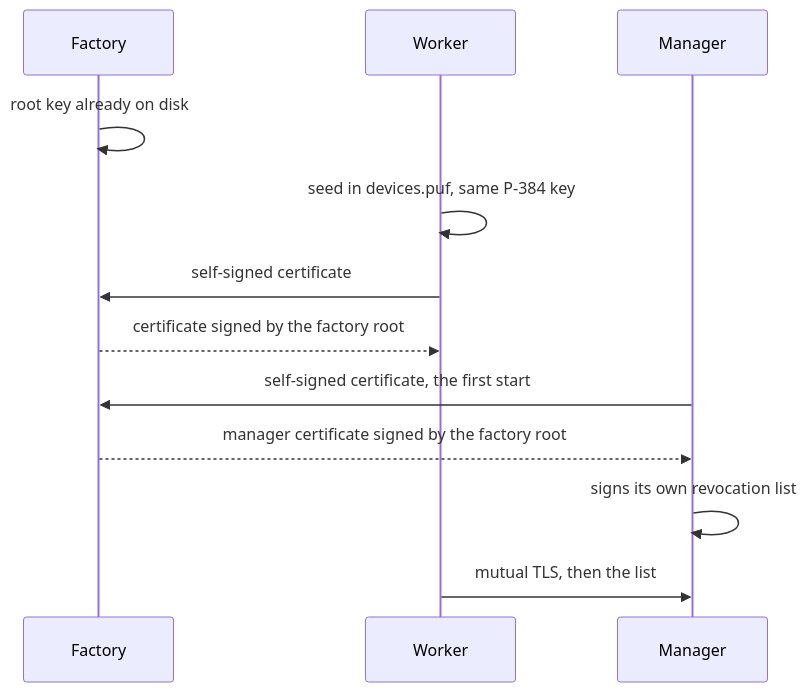
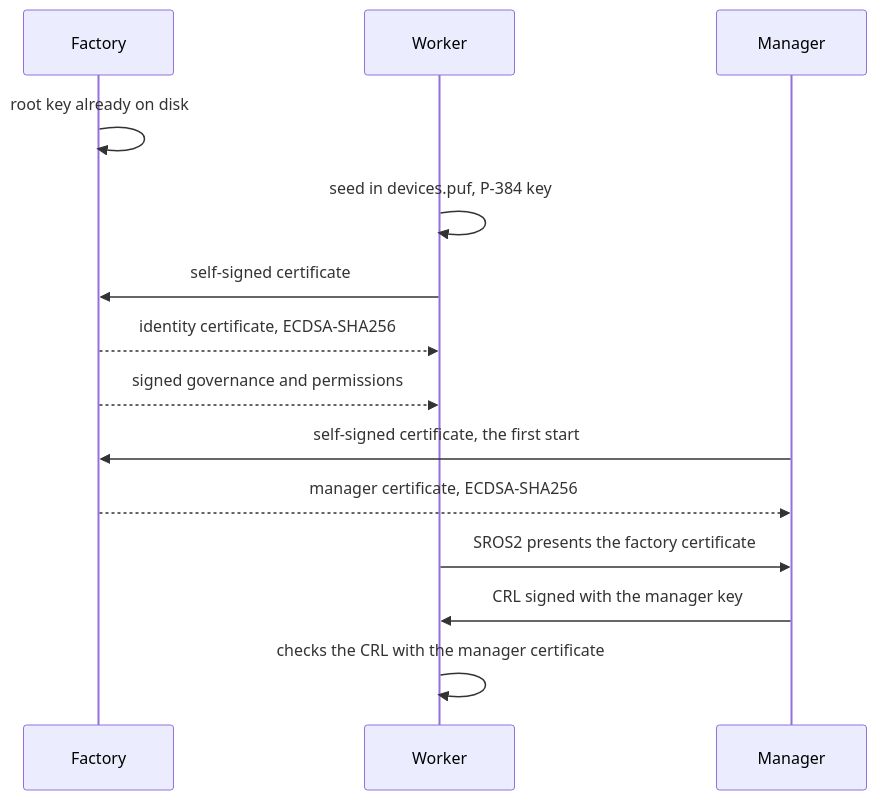
Before and after one commit to jgmatu/postgresql: the fifth of 5 diagrams in TODO.md, drawn with Mermaid. The commit also changed other lines of this file and 10 other files, not shown here.

First line of the commit message:
Describe SROS2 as the factory admission and the manager CRL as a ROS topic.

````diff
--- a/TODO.md
+++ b/TODO.md
@@ -187,15 +187,17 @@
 ```mermaid
 sequenceDiagram
     participant factory as Factory
     participant worker as Worker
     participant manager as Manager
 
     factory->>factory: root key already on disk
-    worker->>worker: seed in devices.puf, same P-384 key
+    worker->>worker: seed in devices.puf, P-384 key
     worker->>factory: self-signed certificate
-    factory-->>worker: certificate signed by the factory root
+    factory-->>worker: identity certificate, ECDSA-SHA256
+    factory-->>worker: signed governance and permissions
     manager->>factory: self-signed certificate, the first start
-    factory-->>manager: manager certificate signed by the factory root
-    manager->>manager: signs its own revocation list
-    worker->>manager: mutual TLS, then the list
+    factory-->>manager: manager certificate, ECDSA-SHA256
+    worker->>manager: SROS2 presents the factory certificate
+    manager->>worker: CRL signed with the manager key
+    worker->>worker: checks the CRL with the manager certificate
 ```
````
